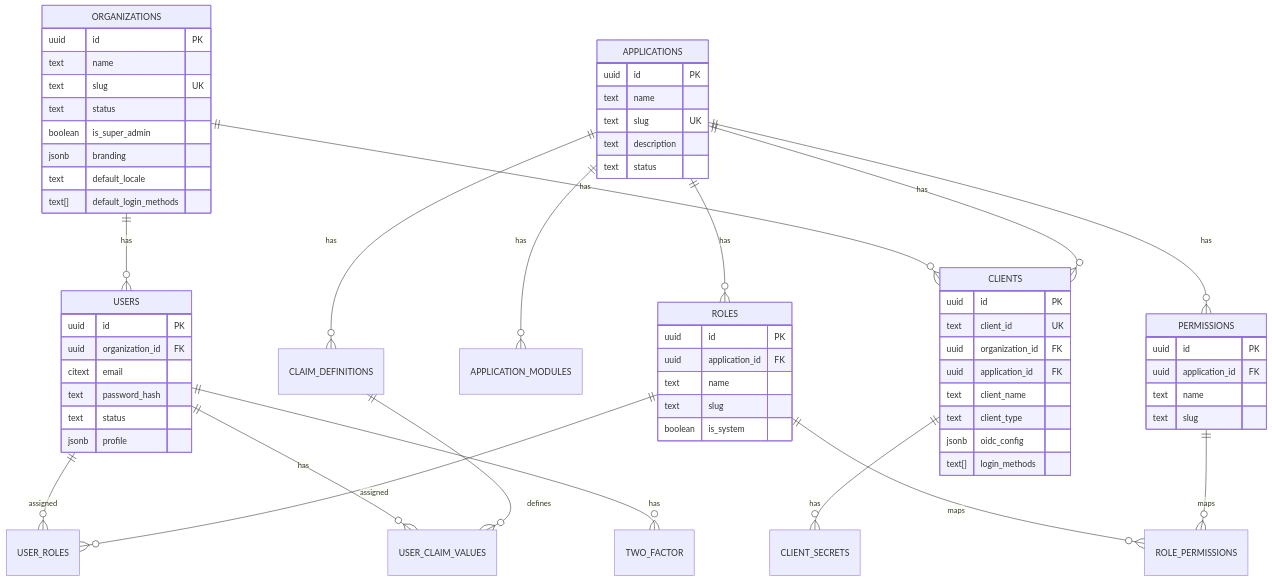
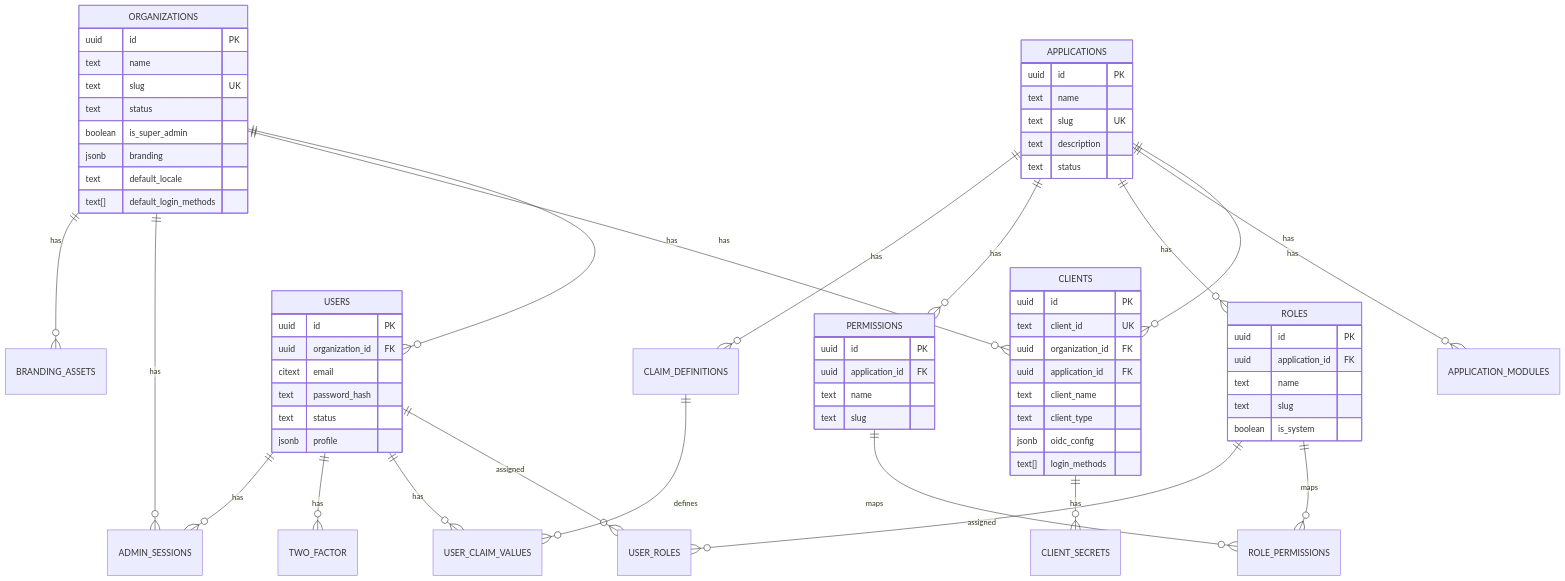
One commit to blendsdk/porta-identity changed the diagram in docs/database/schema.md. Above: the diagram before and after it, drawn with Mermaid. The commit also changed other lines of this file and 8 other files, not shown here.

````diff
--- a/docs/database/schema.md
+++ b/docs/database/schema.md
@@ -7,72 +7,75 @@
 ```mermaid
 erDiagram
     ORGANIZATIONS ||--o{ USERS : "has"
     ORGANIZATIONS ||--o{ CLIENTS : "has"
     APPLICATIONS ||--o{ CLIENTS : "has"
     APPLICATIONS ||--o{ APPLICATION_MODULES : "has"
     APPLICATIONS ||--o{ ROLES : "has"
     APPLICATIONS ||--o{ PERMISSIONS : "has"
     APPLICATIONS ||--o{ CLAIM_DEFINITIONS : "has"
     ROLES ||--o{ ROLE_PERMISSIONS : "maps"
     PERMISSIONS ||--o{ ROLE_PERMISSIONS : "maps"
     USERS ||--o{ USER_ROLES : "assigned"
     ROLES ||--o{ USER_ROLES : "assigned"
     USERS ||--o{ USER_CLAIM_VALUES : "has"
     CLAIM_DEFINITIONS ||--o{ USER_CLAIM_VALUES : "defines"
     CLIENTS ||--o{ CLIENT_SECRETS : "has"
     USERS ||--o{ TWO_FACTOR : "has"
+    USERS ||--o{ ADMIN_SESSIONS : "has"
+    ORGANIZATIONS ||--o{ ADMIN_SESSIONS : "has"
+    ORGANIZATIONS ||--o{ BRANDING_ASSETS : "has"
 
     ORGANIZATIONS {
         uuid id PK
         text name
         text slug UK
         text status
         boolean is_super_admin
         jsonb branding
         text default_locale
         text[] default_login_methods
     }
 
     USERS {
         uuid id PK
         uuid organization_id FK
         citext email
         text password_hash
         text status
         jsonb profile
     }
 
     APPLICATIONS {
         uuid id PK
         text name
         text slug UK
         text description
         text status
     }
 
     CLIENTS {
         uuid id PK
         text client_id UK
         uuid organization_id FK
         uuid application_id FK
         text client_name
         text client_type
         jsonb oidc_config
         text[] login_methods
     }
 
     ROLES {
         uuid id PK
         uuid application_id FK
         text name
         text slug
         boolean is_system
     }
 
     PERMISSIONS {
         uuid id PK
         uuid application_id FK
         text name
         text slug
     }
 ```
````
